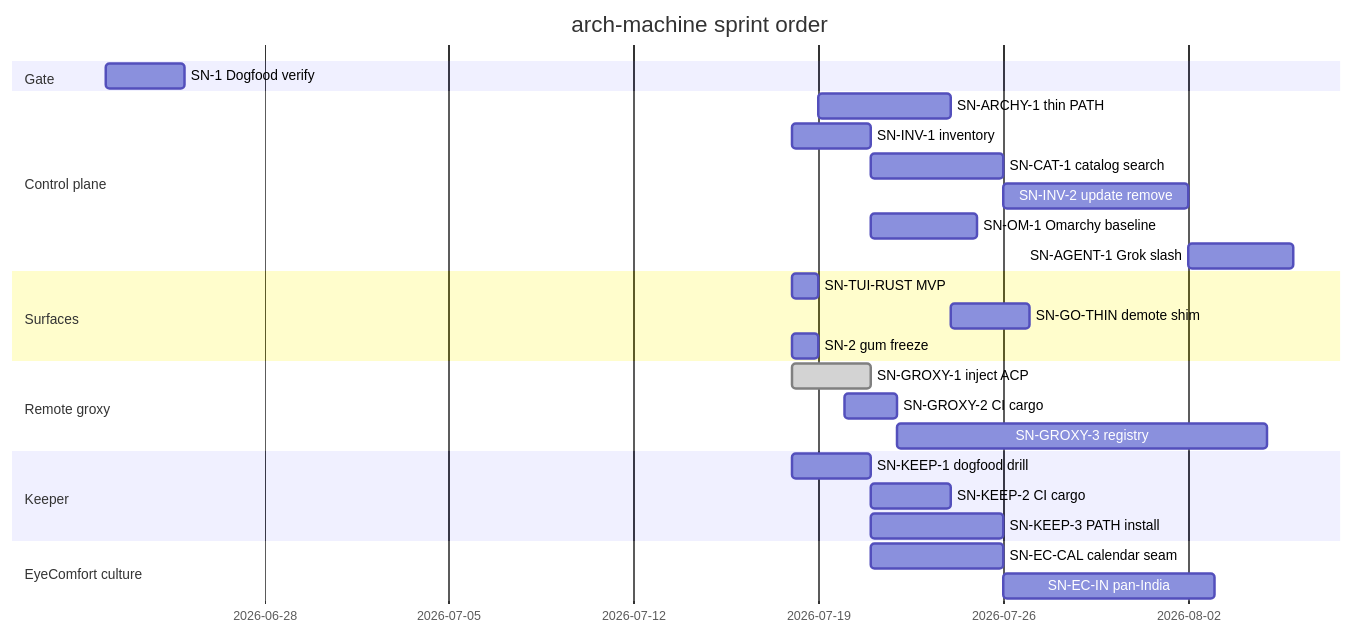
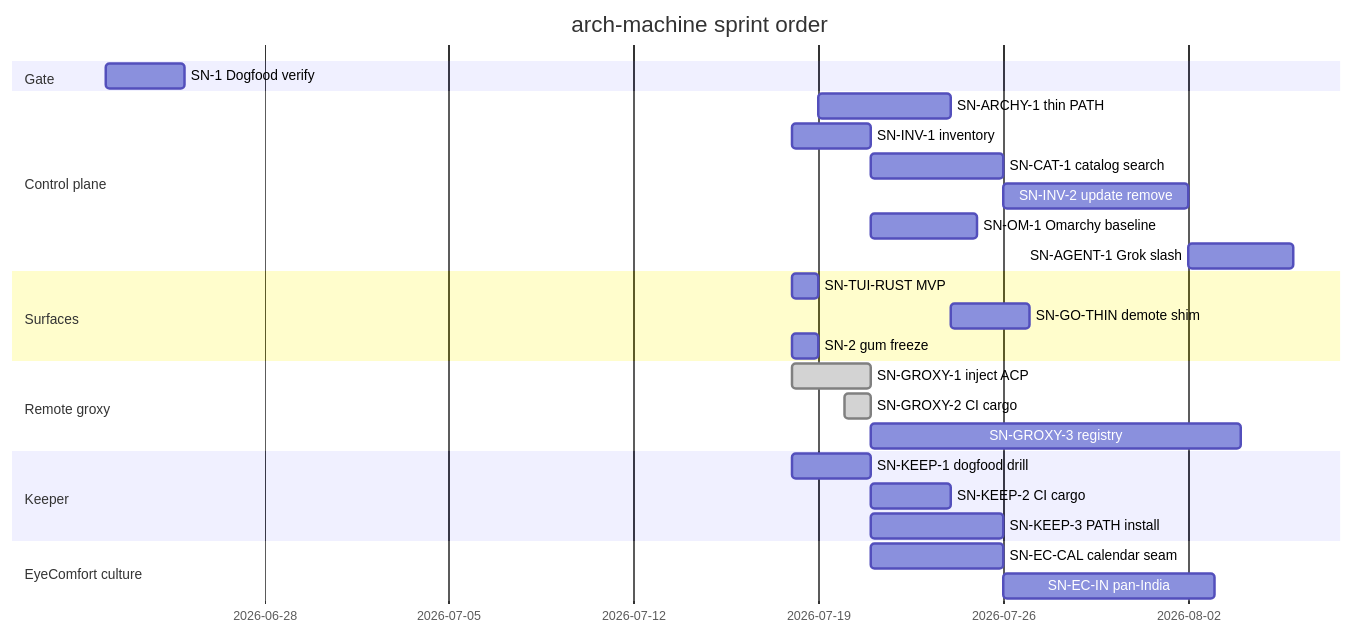
Diagram 11 of 11 in arch-design/coming-next.md (p10ns11y/arch-machine), drawn with Mermaid before and after one commit. The commit also changed other lines of this file and 6 other files, not shown here.

````diff
--- a/arch-design/coming-next.md
+++ b/arch-design/coming-next.md
@@ -495,29 +496,29 @@
 ```mermaid
 gantt
   title arch-machine sprint order
   dateFormat YYYY-MM-DD
   section Gate
   SN-1 Dogfood verify     :sn1, 2026-06-22, 3d
   section Control plane
   SN-ARCHY-1 thin PATH    :a1, 2026-07-19, 5d
   SN-INV-1 inventory      :inv1, 2026-07-18, 3d
   SN-CAT-1 catalog search :cat1, after inv1, 5d
   SN-INV-2 update remove  :inv2, after cat1, 7d
   SN-OM-1 Omarchy baseline:om1, after inv1, 4d
   SN-AGENT-1 Grok slash   :ag1, after inv2, 4d
   section Surfaces
   SN-TUI-RUST MVP         :rust, 2026-07-18, 1d
   SN-GO-THIN demote shim  :go, after a1, 3d
   SN-2 gum freeze         :sn2, 2026-07-18, 1d
   section Remote groxy
   SN-GROXY-1 inject ACP   :done, gx1, 2026-07-18, 3d
-  SN-GROXY-2 CI cargo     :gx2, 2026-07-20, 2d
+  SN-GROXY-2 CI cargo     :done, gx2, 2026-07-20, 1d
   SN-GROXY-3 registry     :gx3, after gx2, 14d
   section Keeper
   SN-KEEP-1 dogfood drill :k1, 2026-07-18, 3d
   SN-KEEP-2 CI cargo      :k2, after k1, 3d
   SN-KEEP-3 PATH install  :k3, after k1, 5d
   section EyeComfort culture
   SN-EC-CAL calendar seam :eccal, after inv1, 5d
   SN-EC-IN pan-India      :ecin, after eccal, 8d
 ```
````
